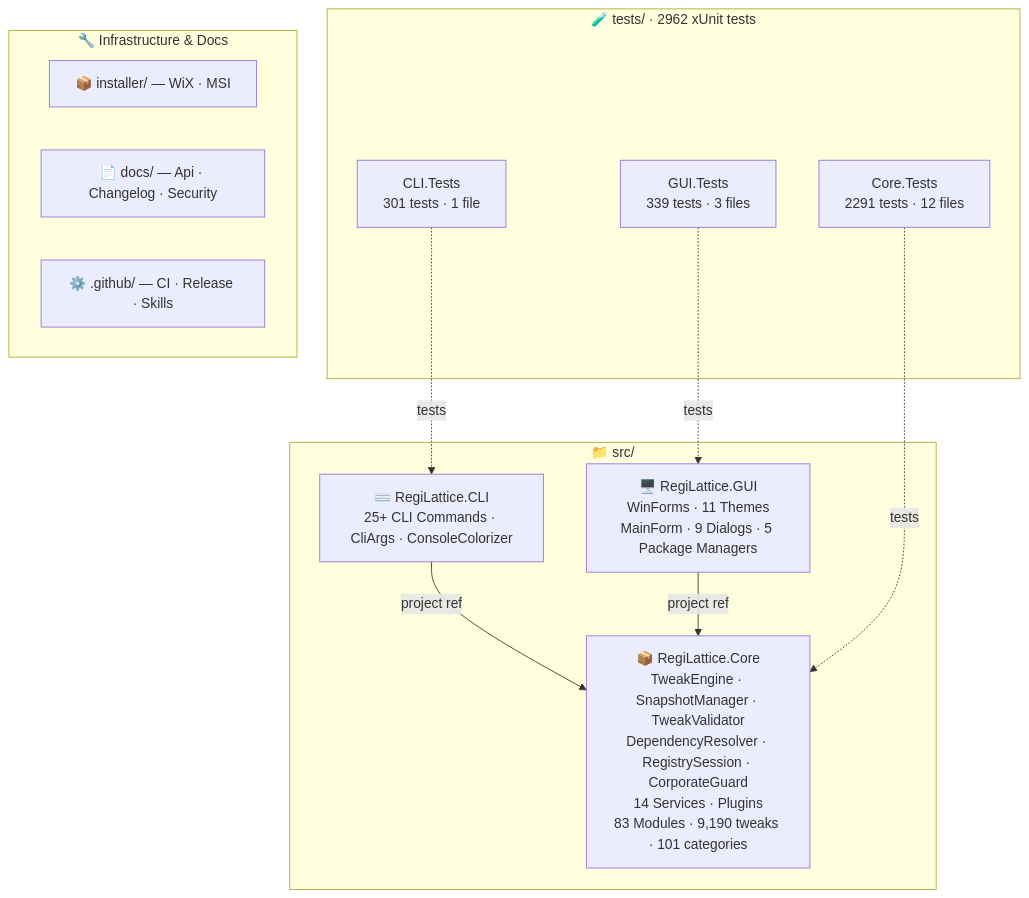
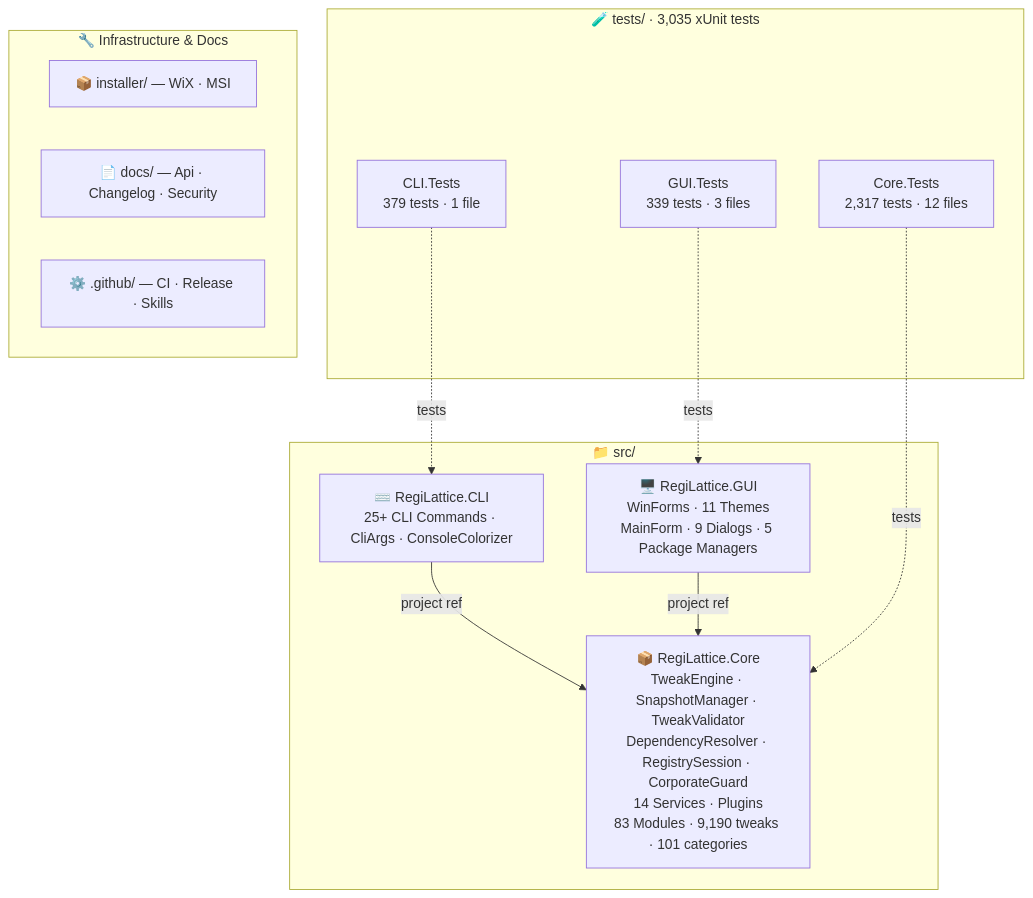
The second of 2 diagrams in README.md (RajwanYair/RegiLattice), drawn with Mermaid before and after one commit. The commit also changed other lines of this file and 8 other files, not shown here.

````diff
--- a/README.md
+++ b/README.md
@@ -255,26 +255,26 @@
 ```mermaid
 graph TD
     subgraph SRC["📁 src/"]
         CORE["📦 RegiLattice.Core<br/>TweakEngine · SnapshotManager · TweakValidator<br/>DependencyResolver · RegistrySession · CorporateGuard<br/>14 Services · Plugins<br/>83 Modules · 9,190 tweaks · 101 categories"]
         GUI["🖥️ RegiLattice.GUI<br/>WinForms · 11 Themes<br/>MainForm · 9 Dialogs · 5 Package Managers"]
         CLI["⌨️ RegiLattice.CLI<br/>25+ CLI Commands · CliArgs · ConsoleColorizer"]
     end
 
-    subgraph TST["🧪 tests/  ·  2962 xUnit tests"]
-        CT["Core.Tests<br/>2291 tests · 12 files"]
-        CLT["CLI.Tests<br/>301 tests · 1 file"]
+    subgraph TST["🧪 tests/  ·  3,035 xUnit tests"]
+        CT["Core.Tests<br/>2,317 tests · 12 files"]
+        CLT["CLI.Tests<br/>379 tests · 1 file"]
         GT["GUI.Tests<br/>339 tests · 3 files"]
     end
 
     subgraph INFRA["🔧 Infrastructure & Docs"]
         INST["📦 installer/ — WiX · MSI"]
         DOCS["📄 docs/ — Api · Changelog · Security"]
         GH["⚙️ .github/ — CI · Release · Skills"]
     end
 
     CLI -->|project ref| CORE
     GUI -->|project ref| CORE
     CT -.->|tests| CORE
     CLT -.->|tests| CLI
     GT -.->|tests| GUI
 ```
````
